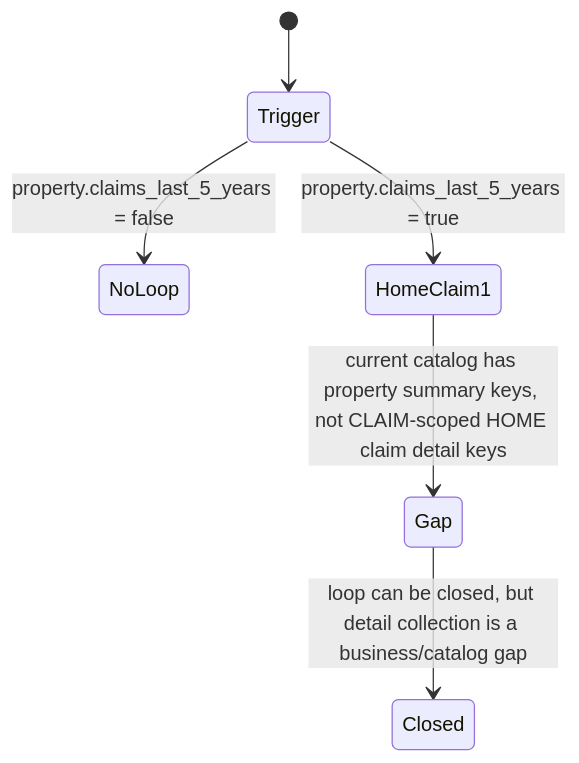
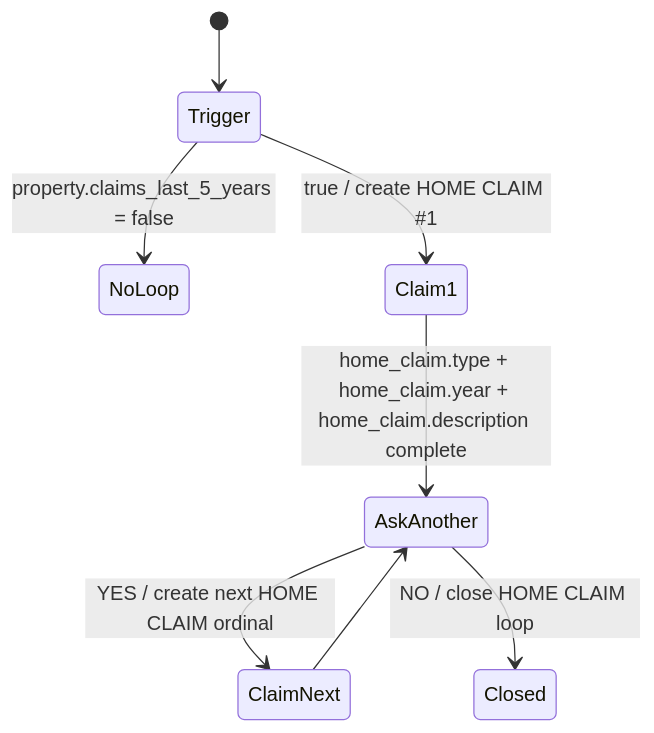
Before and after one commit to MedFirasBenAmor/NOVA: the second of 3 diagrams in docs/recovery/r4-repeatable-entity-lifecycle.md, drawn with Mermaid. The commit also changed other lines of this file and 7 other files, not shown here.

Commit message:
fix: close repeatable collection lifecycle gaps

````diff
--- a/docs/recovery/r4-repeatable-entity-lifecycle.md
+++ b/docs/recovery/r4-repeatable-entity-lifecycle.md
@@ -75,8 +61,10 @@
 ```mermaid
 stateDiagram-v2
   [*] --> Trigger
   Trigger --> NoLoop: property.claims_last_5_years = false
-  Trigger --> HomeClaim1: property.claims_last_5_years = true
-  HomeClaim1 --> Gap: current catalog has property summary keys, not CLAIM-scoped HOME claim detail keys
-  Gap --> Closed: loop can be closed, but detail collection is a business/catalog gap
+  Trigger --> Claim1: true / create HOME CLAIM #1
+  Claim1 --> AskAnother: home_claim.type + home_claim.year + home_claim.description complete
+  AskAnother --> ClaimNext: YES / create next HOME CLAIM ordinal
+  ClaimNext --> AskAnother
+  AskAnother --> Closed: NO / close HOME CLAIM loop
 ```
````
